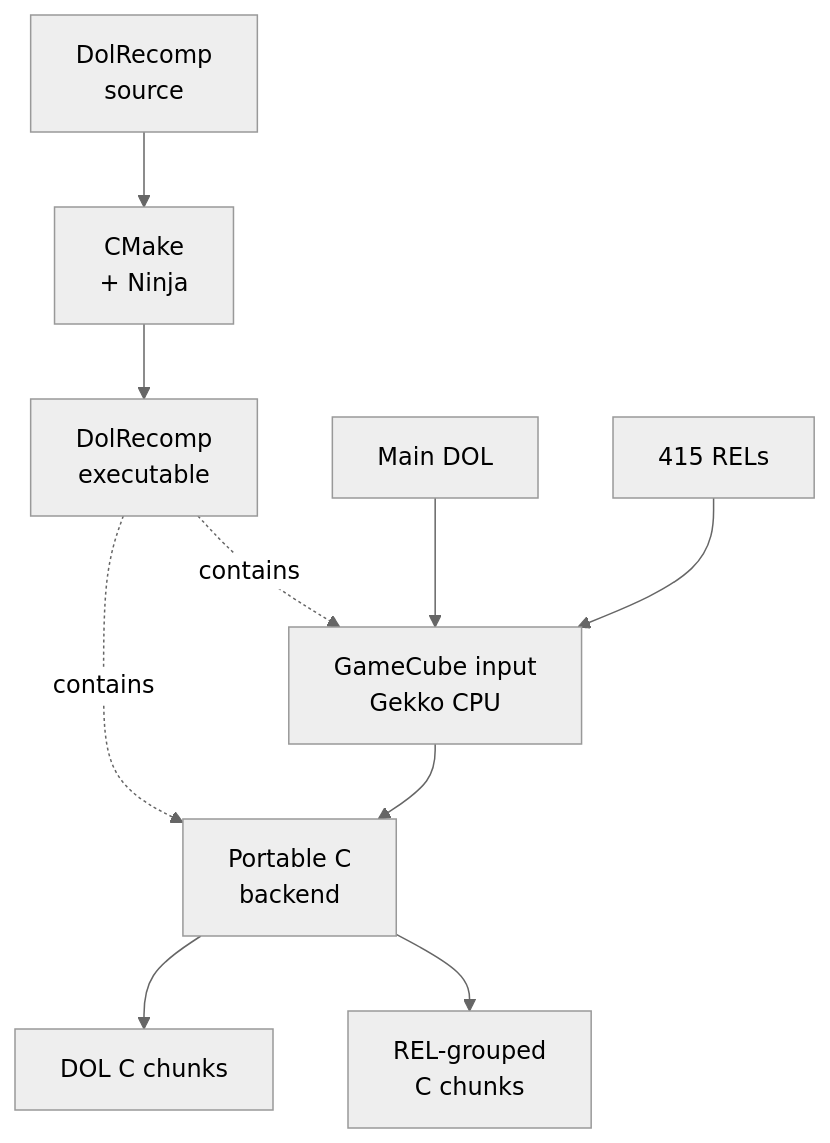
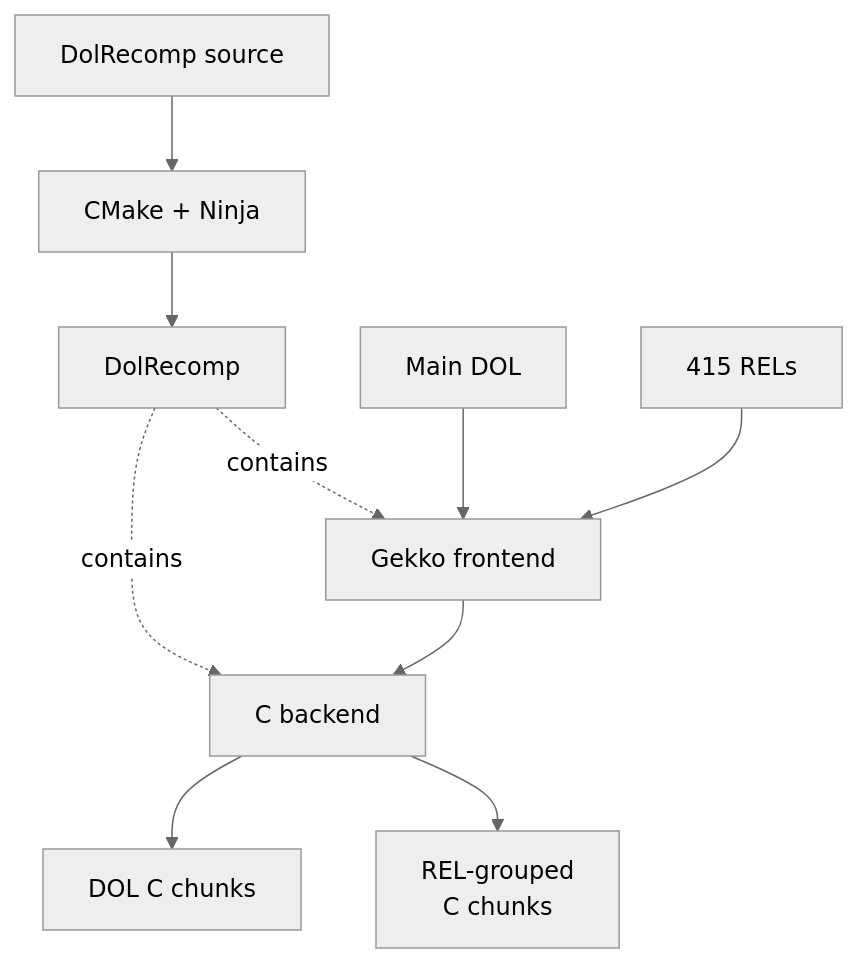
The seventh of 10 diagrams in docs/architecture/Build.md (Aelbannan/boat_of_daphnes), drawn with Mermaid (neutral theme) before and after one commit. The commit also changed other lines of this file, not shown here.

Commit message:
Simplify build diagrams

````diff
--- a/docs/architecture/Build.md
+++ b/docs/architecture/Build.md
@@ -443,27 +387,22 @@
 ```mermaid
 flowchart TD
-    Source["`DolRecomp
-source`"]
-    Build["`CMake
-+ Ninja`"]
-    Tool["`DolRecomp
-executable`"]
+    Source["DolRecomp source"]
+    Build["CMake + Ninja"]
+    Tool["DolRecomp"]
     Dol["Main DOL"]
     Rels["415 RELs"]
-    Frontend["`GameCube input
-Gekko CPU`"]
-    Backend["`Portable C
-backend`"]
+    Frontend["Gekko frontend"]
+    Backend["C backend"]
     DolC["DOL C chunks"]
     RelC["`REL-grouped
 C chunks`"]
 
     Source --> Build --> Tool
     Tool -. "contains" .-> Frontend
     Tool -. "contains" .-> Backend
     Dol --> Frontend
     Rels --> Frontend
     Frontend --> Backend
     Backend --> DolC
     Backend --> RelC
 ```
````
